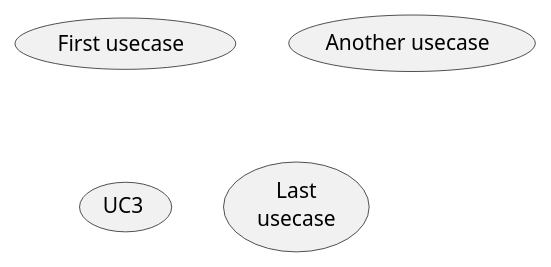
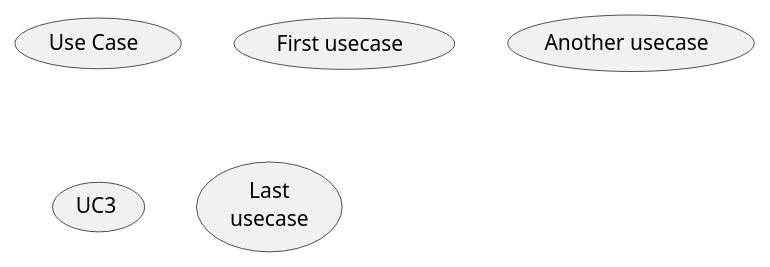
One commit to schlumpfen/cheatsheets changed the diagram in 1_Usecase/usecase1.puml. Above: the diagram before and after it, drawn with PlantUML.

```diff
--- a/1_Usecase/usecase1.puml
+++ b/1_Usecase/usecase1.puml
@@ -1,6 +1,7 @@
 @startuml
+(Use Case)
 (First usecase)
 (Another usecase) as (UC2)
 usecase UC3
 usecase (Last\nusecase) as UC4
 @enduml
```
